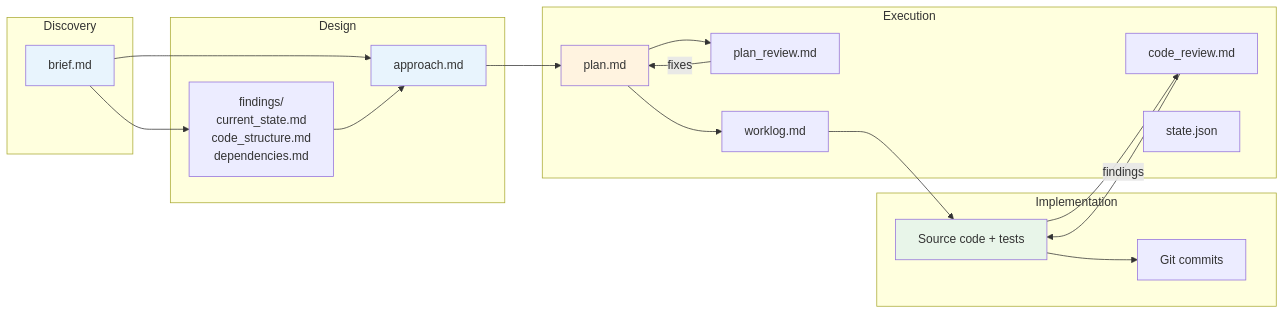
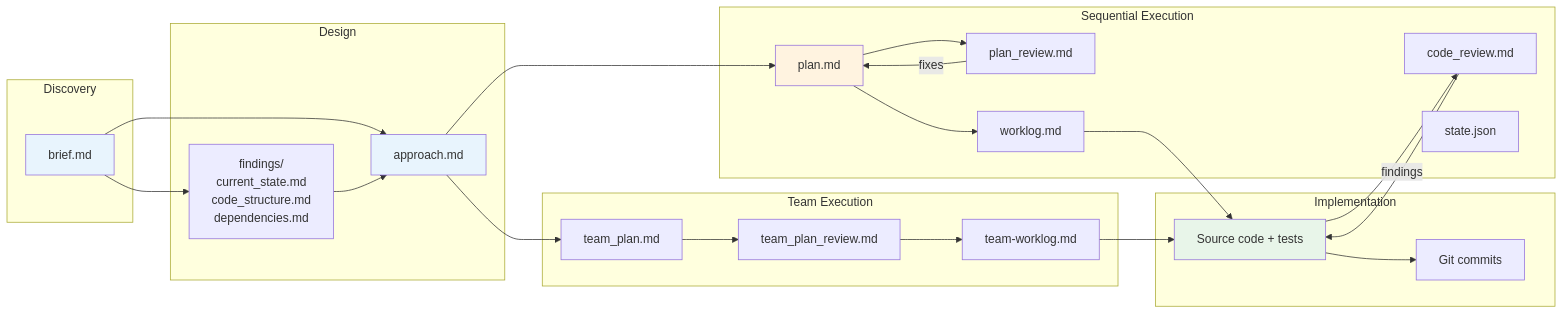
One commit to smantzavinos/engineering-agents changed the fourth of 6 diagrams in docs/agent_architecture_and_workflow.md. Above: the diagram before and after it, drawn with Mermaid. The commit also changed other lines of this file and 47 other files, not shown here.

````diff
--- a/docs/agent_architecture_and_workflow.md
+++ b/docs/agent_architecture_and_workflow.md
@@ -189,41 +205,51 @@
 ```mermaid
 graph LR
     subgraph "Discovery"
         B[brief.md]
     end
 
     subgraph "Design"
         F["findings/<br/>current_state.md<br/>code_structure.md<br/>dependencies.md"]
         A[approach.md]
     end
 
-    subgraph "Execution"
+    subgraph "Sequential Execution"
         P[plan.md]
         PR2[plan_review.md]
         W[worklog.md]
         CR[code_review.md]
         S[state.json]
+    end
+
+    subgraph "Team Execution"
+        TP[team_plan.md]
+        TPR[team_plan_review.md]
+        TW[team-worklog.md]
     end
 
     subgraph "Implementation"
         CODE[Source code + tests]
         COMMITS[Git commits]
     end
 
     B --> F
     B --> A
     F --> A
     A --> P
+    A --> TP
+    TP --> TPR
+    TPR --> TW
+    TW --> CODE
     P --> PR2
     PR2 -->|fixes| P
     P --> W
     W --> CODE
     CODE --> COMMITS
     CODE --> CR
     CR -->|findings| CODE
 
     style B fill:#e8f4fd
     style A fill:#e8f4fd
     style P fill:#fff3e0
     style CODE fill:#e8f5e9
 ```
````
